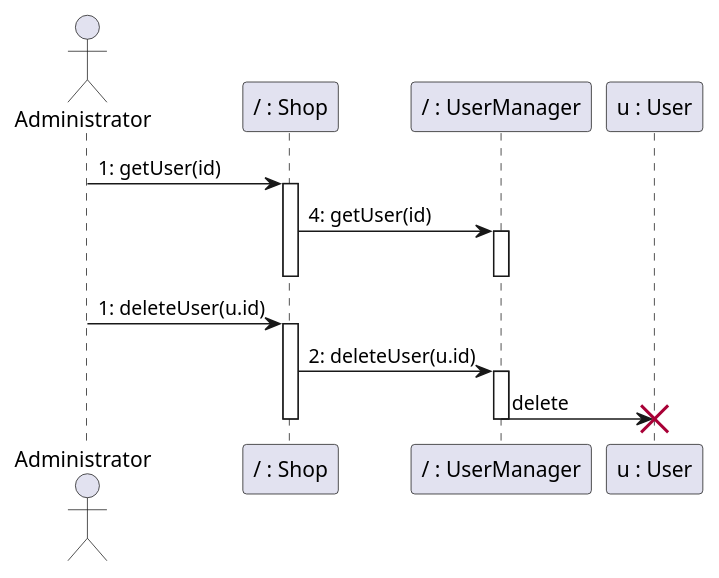
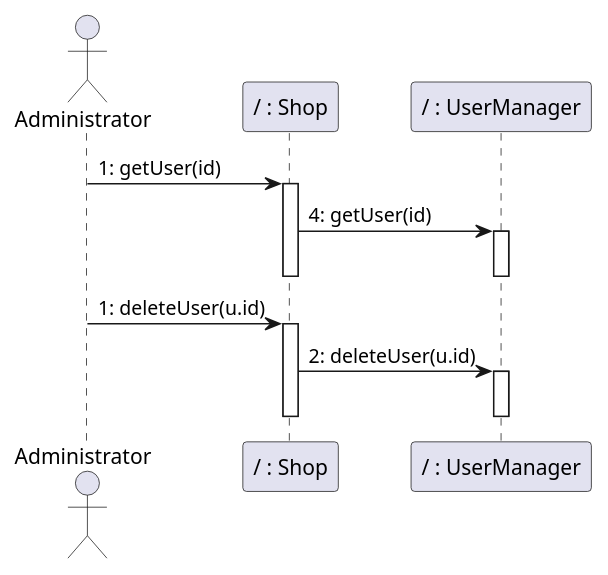
The ninth of 25 diagrams in Deliverables/DesignDocument.md (nicolabattaglino/ezshop), drawn with PlantUML before and after one commit. The commit also changed other lines of this file, not shown here.

Commit message:
sequence diagrams

````diff
--- a/Deliverables/DesignDocument.md
+++ b/Deliverables/DesignDocument.md
@@ -680,25 +680,22 @@
 ```plantuml
 @startuml
 actor Administrator
 participant "/ : Shop" as Shop
 participant "/ : UserManager" as UserManager
-participant "u : User" as User
 
 Administrator -> Shop: 1: getUser(id)
 activate Shop
 Shop -> UserManager: 4: getUser(id)
 activate UserManager
 deactivate UserManager
 deactivate Shop
 
 Administrator -> Shop: 1: deleteUser(u.id)
 activate Shop
 Shop -> UserManager: 2: deleteUser(u.id)
 activate UserManager
-UserManager -> User: delete
-destroy User
 deactivate UserManager
 deactivate Shop
 
 @enduml
 ```
````
